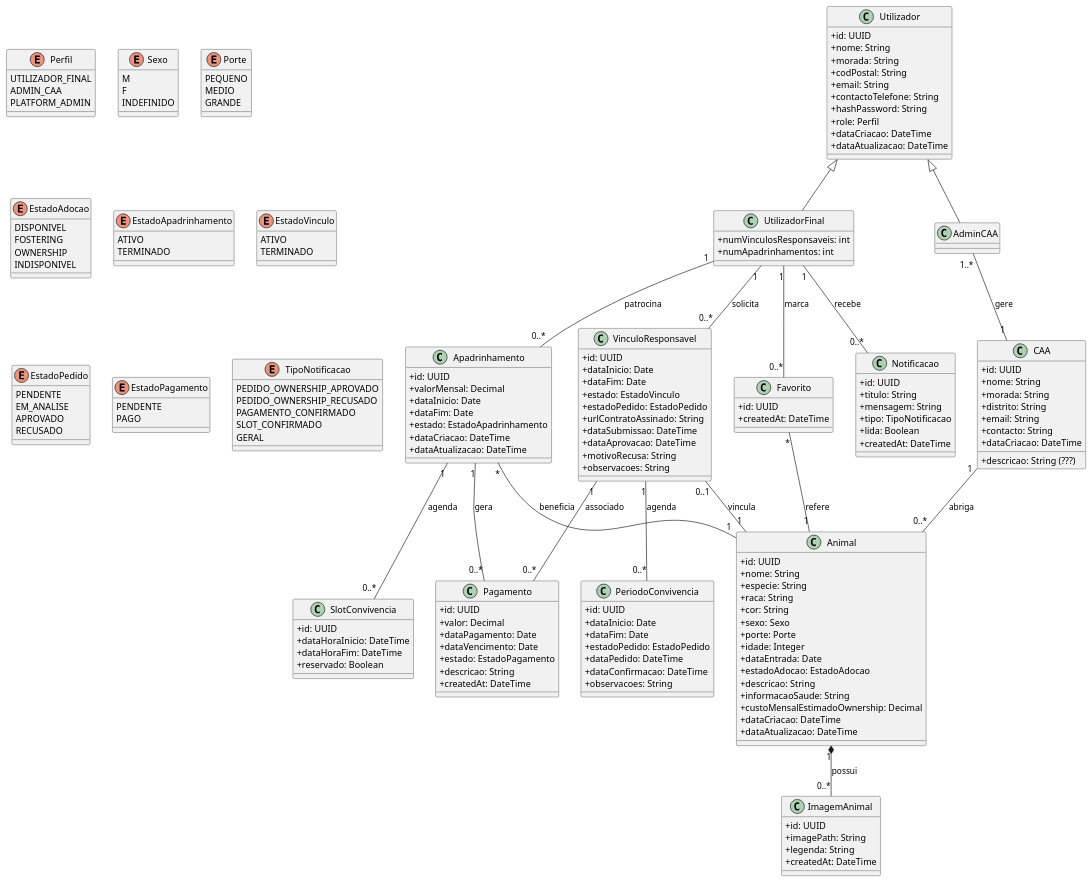
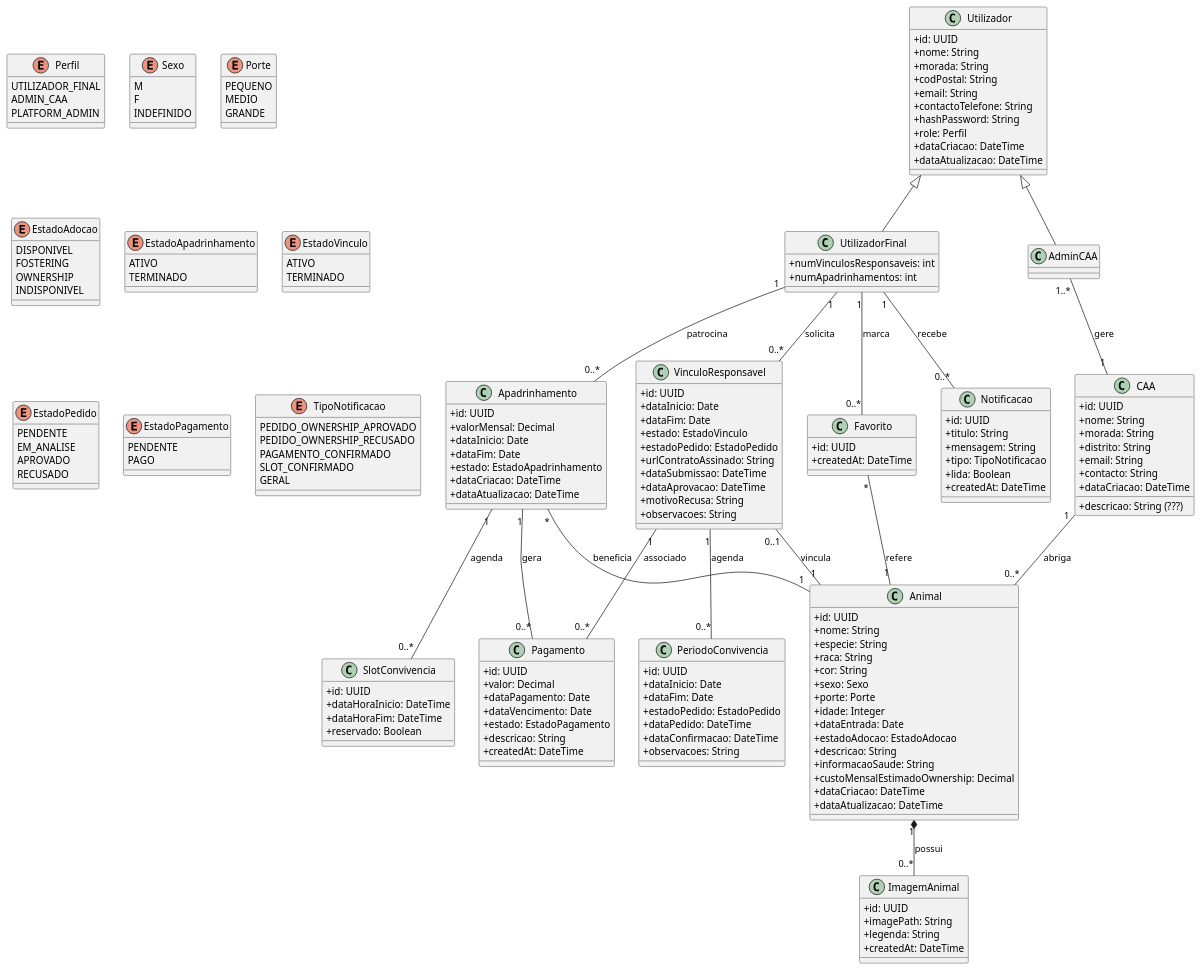
Before and after one commit to see-paw/project-artifacts: the diagram in artefactos_tecnicos/diagramas/DiagramaClasses.puml, drawn with PlantUML.

```diff
--- a/artefactos_tecnicos/diagramas/DiagramaClasses.puml
+++ b/artefactos_tecnicos/diagramas/DiagramaClasses.puml
@@ -1,4 +1,5 @@
 @startuml
+scale 1.1
 skinparam classAttributeIconSize 0
 
 ' ================ UTILIZADORES ================
```
